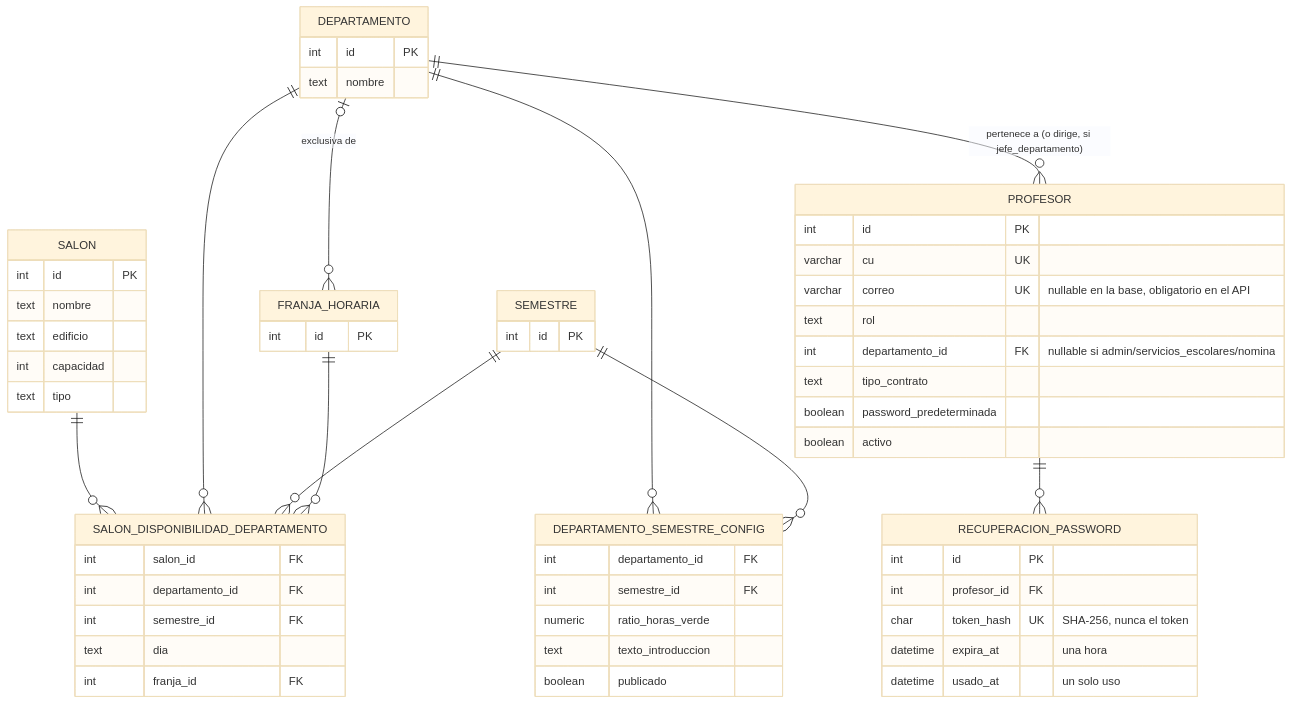
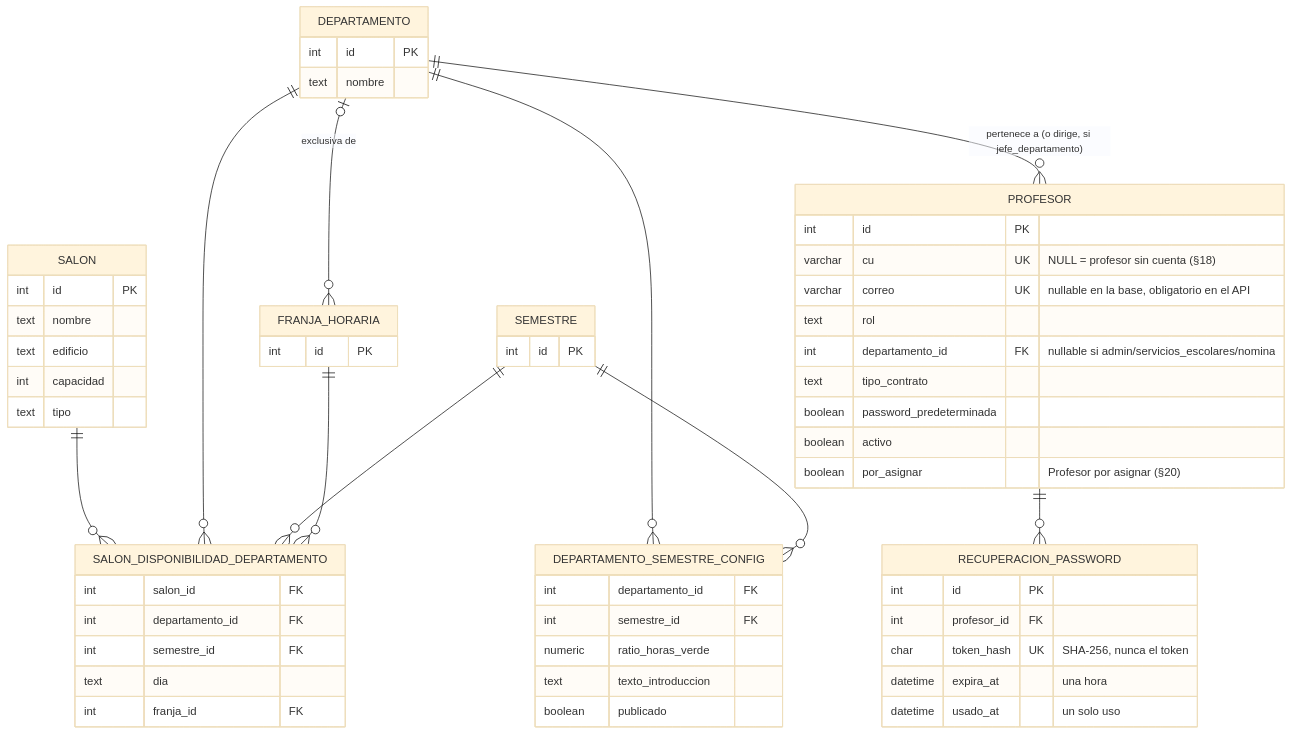
The fifth of 5 diagrams in bd/diagrama-er.md (PauGarza/malla-horarios-web), drawn with Mermaid (base theme) before and after one commit. The commit also changed other lines of this file and 1 other file, not shown here.

First line of the commit message:
Diseño de la base: profesor sin cuenta y Profesor por asignar en §6 y en el diagrama

````diff
--- a/bd/diagrama-er.md
+++ b/bd/diagrama-er.md
@@ -365,61 +378,62 @@
 ```mermaid
 erDiagram
     SALON {
         int id PK
         text nombre
         text edificio
         int capacidad
         text tipo
     }
     DEPARTAMENTO {
         int id PK
         text nombre
     }
     SEMESTRE {
         int id PK
     }
     FRANJA_HORARIA {
         int id PK
     }
     SALON_DISPONIBILIDAD_DEPARTAMENTO {
         int salon_id FK
         int departamento_id FK
         int semestre_id FK
         text dia
         int franja_id FK
     }
     DEPARTAMENTO_SEMESTRE_CONFIG {
         int departamento_id FK
         int semestre_id FK
         numeric ratio_horas_verde
         text texto_introduccion
         boolean publicado
     }
     PROFESOR {
         int id PK
-        varchar cu UK
+        varchar cu UK "NULL = profesor sin cuenta (§18)"
         varchar correo UK "nullable en la base, obligatorio en el API"
         text rol
         int departamento_id FK "nullable si admin/servicios_escolares/nomina"
         text tipo_contrato
         boolean password_predeterminada
         boolean activo
+        boolean por_asignar "Profesor por asignar (§20)"
     }
     RECUPERACION_PASSWORD {
         int id PK
         int profesor_id FK
         char token_hash UK "SHA-256, nunca el token"
         datetime expira_at "una hora"
         datetime usado_at "un solo uso"
     }
 
     SALON ||--o{ SALON_DISPONIBILIDAD_DEPARTAMENTO : ""
     DEPARTAMENTO ||--o{ SALON_DISPONIBILIDAD_DEPARTAMENTO : ""
     SEMESTRE ||--o{ SALON_DISPONIBILIDAD_DEPARTAMENTO : ""
     FRANJA_HORARIA ||--o{ SALON_DISPONIBILIDAD_DEPARTAMENTO : ""
     DEPARTAMENTO ||--o{ DEPARTAMENTO_SEMESTRE_CONFIG : ""
     SEMESTRE ||--o{ DEPARTAMENTO_SEMESTRE_CONFIG : ""
     DEPARTAMENTO ||--o{ PROFESOR : "pertenece a (o dirige, si jefe_departamento)"
     PROFESOR ||--o{ RECUPERACION_PASSWORD : ""
     DEPARTAMENTO |o--o{ FRANJA_HORARIA : "exclusiva de"
 ```
````
